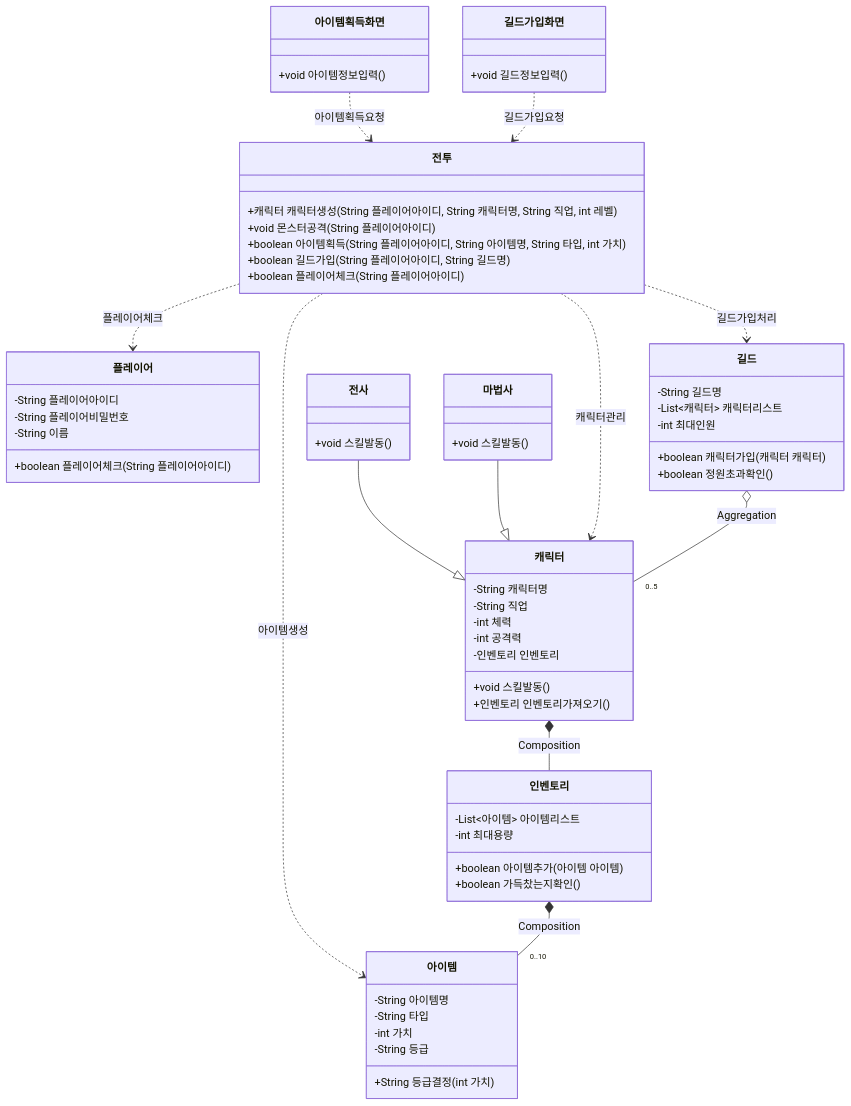
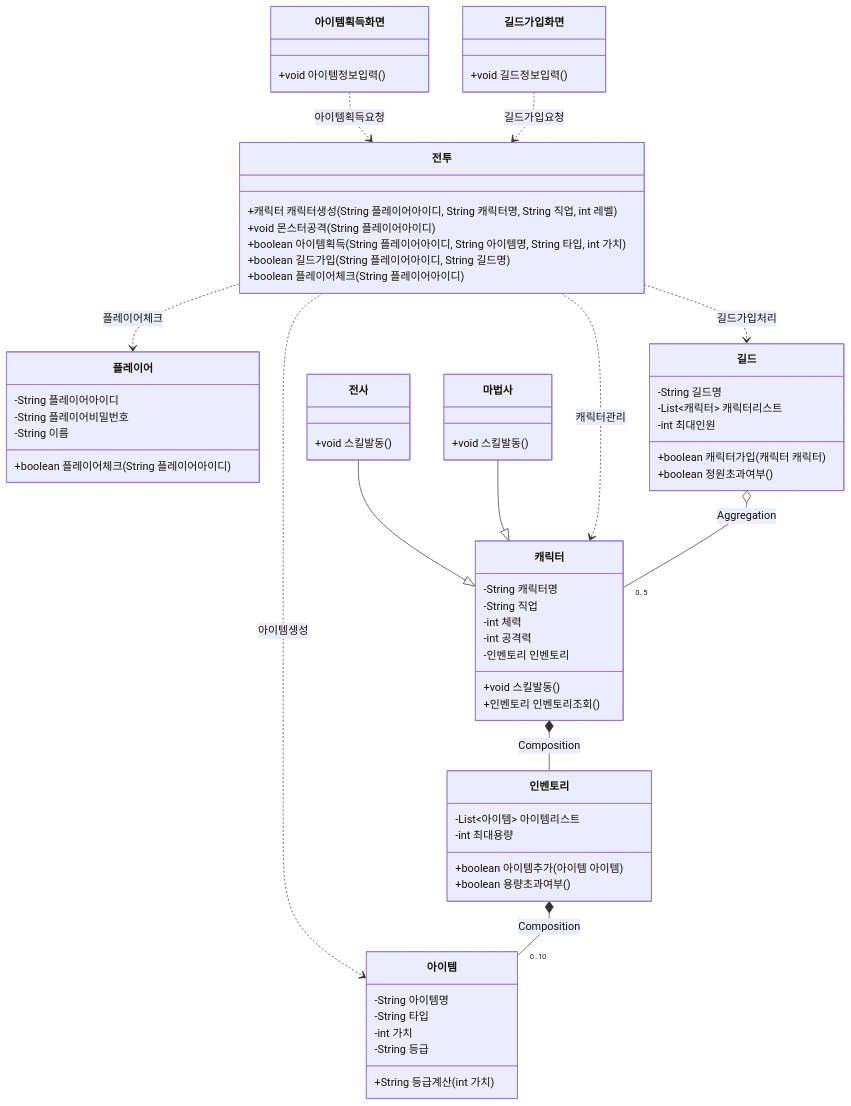
One commit to seonwung/DnF_Battle2_B_04 changed the diagram in classDiagram.md. Above: the diagram before and after it, drawn with Mermaid.

````diff
--- a/classDiagram.md
+++ b/classDiagram.md
@@ -1,82 +1,82 @@
 ```mermaid
 classDiagram
 
     class 플레이어 {
         -String 플레이어아이디
         -String 플레이어비밀번호
         -String 이름
         +boolean 플레이어체크(String 플레이어아이디)
     }
 
     class 캐릭터 {
         -String 캐릭터명
         -String 직업
         -int 체력
         -int 공격력
         -인벤토리 인벤토리
         +void 스킬발동()
-        +인벤토리 인벤토리가져오기()
+        +인벤토리 인벤토리조회()
     }
 
     class 전사 {
         +void 스킬발동()
     }
 
     class 마법사 {
         +void 스킬발동()
     }
 
     class 전투 {
         +캐릭터 캐릭터생성(String 플레이어아이디, String 캐릭터명, String 직업, int 레벨)
         +void 몬스터공격(String 플레이어아이디)
         +boolean 아이템획득(String 플레이어아이디, String 아이템명, String 타입, int 가치)
         +boolean 길드가입(String 플레이어아이디, String 길드명)
         +boolean 플레이어체크(String 플레이어아이디)
     }
 
     class 아이템 {
         -String 아이템명
         -String 타입
         -int 가치
         -String 등급
-        +String 등급결정(int 가치)
+        +String 등급계산(int 가치)
     }
 
     class 인벤토리 {
         -List~아이템~ 아이템리스트
         -int 최대용량
         +boolean 아이템추가(아이템 아이템)
-        +boolean 가득찼는지확인()
+        +boolean 용량초과여부()
     }
 
     class 길드 {
         -String 길드명
         -List~캐릭터~ 캐릭터리스트
         -int 최대인원
         +boolean 캐릭터가입(캐릭터 캐릭터)
-        +boolean 정원초과확인()
+        +boolean 정원초과여부()
     }
 
     class 아이템획득화면 {
         +void 아이템정보입력()
     }
 
     class 길드가입화면 {
         +void 길드정보입력()
     }
 
     전사 --|> 캐릭터
     마법사 --|> 캐릭터
 
     아이템획득화면 ..> 전투 : 아이템획득요청
     길드가입화면 ..> 전투 : 길드가입요청
 
     전투 ..> 플레이어 : 플레이어체크
     전투 ..> 캐릭터 : 캐릭터관리
     전투 ..> 아이템 : 아이템생성
     전투 ..> 길드 : 길드가입처리
 
     캐릭터 *-- 인벤토리 : Composition
     인벤토리 *-- "0..10" 아이템 : Composition
     길드 o-- "0..5" 캐릭터 : Aggregation
 ```
````
